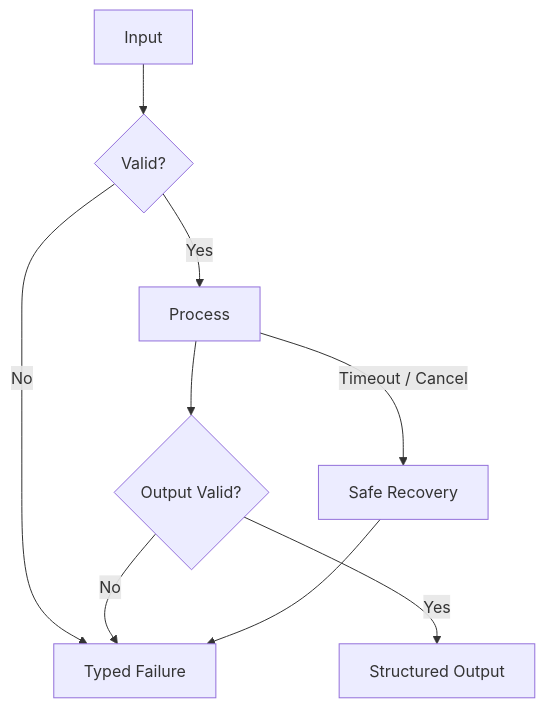
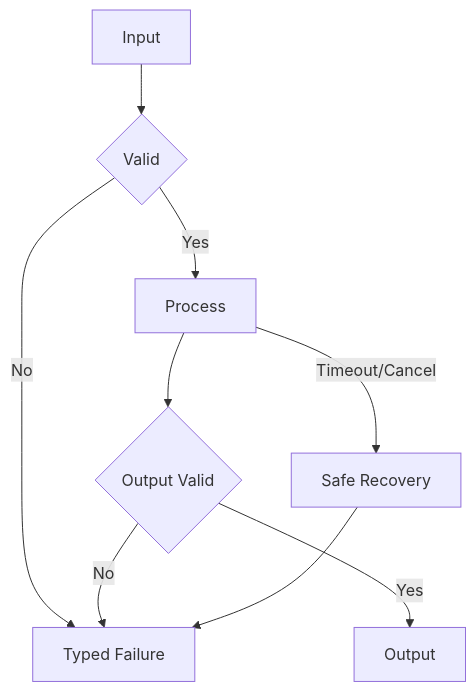
One commit to Ratandeep-purohit/OmniSense-AI changed the second of 4 diagrams in PHASE/02_VISUAL_PROCESSING.md. Above: the diagram before and after it, drawn with Mermaid. The commit also changed other lines of this file, not shown here.

````diff
--- a/PHASE/02_VISUAL_PROCESSING.md
+++ b/PHASE/02_VISUAL_PROCESSING.md
@@ -72,11 +33,9 @@
 ```mermaid
 flowchart TD
-I[Input] --> V{Valid?}
+I[Input] --> V{Valid}
 V -->|No| X[Typed Failure]
-V -->|Yes| P[Process]
-P --> Q{Output Valid?}
+V -->|Yes| P[Process] --> Q{Output Valid}
 Q -->|No| X
-Q -->|Yes| O[Structured Output]
-P -->|Timeout / Cancel| R[Safe Recovery]
-R --> X
+Q -->|Yes| O[Output]
+P -->|Timeout/Cancel| R[Safe Recovery] --> X
 ```
````
